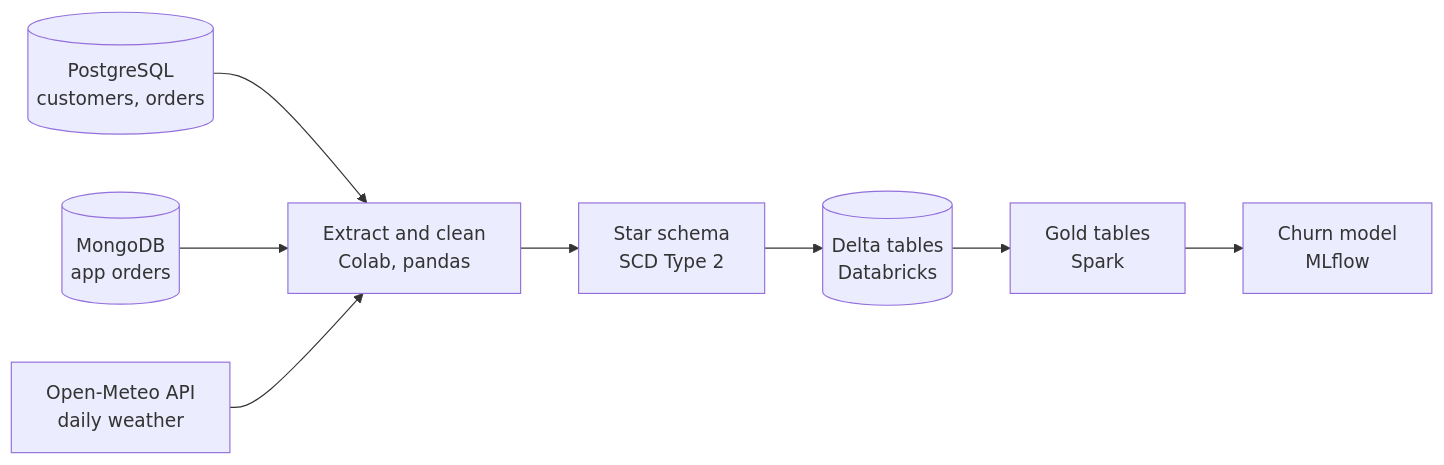
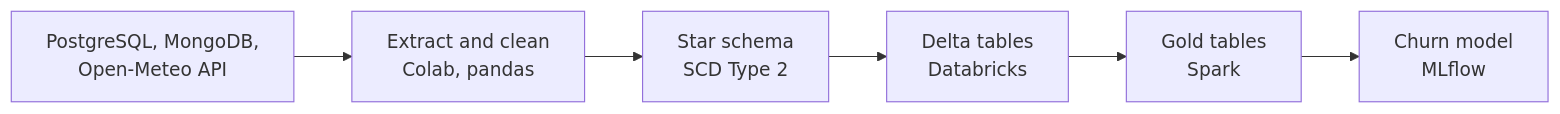
One commit to Mustafasaeed850/online-shop-etl changed the diagram in README.md. Above: the diagram before and after it, drawn with Mermaid. The commit also changed other lines of this file and 10 other files, not shown here.

````diff
--- a/README.md
+++ b/README.md
@@ -27,10 +19,8 @@
 ```mermaid
 flowchart LR
-    PG[("PostgreSQL<br/>customers, orders")] --> EX
-    MG[("MongoDB<br/>app orders")] --> EX
-    API["Open-Meteo API<br/>daily weather"] --> EX
-    EX["Extract and clean<br/>Colab, pandas"] --> WH["Star schema<br/>SCD Type 2"]
-    WH --> DL[("Delta tables<br/>Databricks")]
-    DL --> GD["Gold tables<br/>Spark"]
-    GD --> ML["Churn model<br/>MLflow"]
+    S["PostgreSQL, MongoDB,<br/>Open-Meteo API"] --> E["Extract and clean<br/>Colab, pandas"]
+    E --> W["Star schema<br/>SCD Type 2"]
+    W --> D["Delta tables<br/>Databricks"]
+    D --> G["Gold tables<br/>Spark"]
+    G --> M["Churn model<br/>MLflow"]
 ```
````
